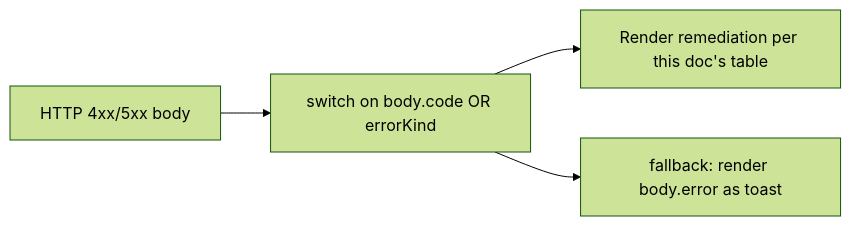
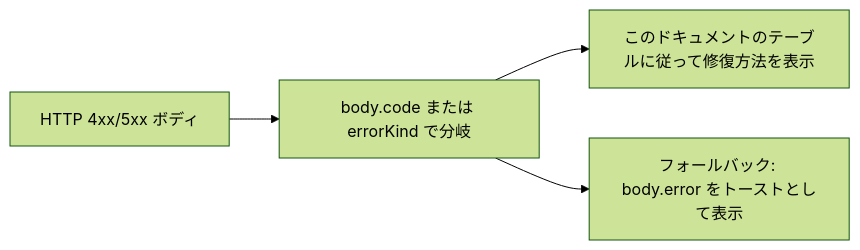
Before and after one commit to QwenLM/qwen-code-docs: the first of 2 diagrams in website/content/ja/developers/daemon/18-error-taxonomy.md, drawn with Mermaid (forest theme). The commit also changed other lines of this file and 1077 other files, not shown here.

````diff
--- a/website/content/ja/developers/daemon/18-error-taxonomy.md
+++ b/website/content/ja/developers/daemon/18-error-taxonomy.md
@@ -127,6 +126,6 @@
 ```mermaid
 flowchart LR
-    A[HTTP 4xx/5xx body] --> B["switch on body.code OR errorKind"]
-    B --> C["Render remediation per this doc's table"]
-    B --> D["fallback: render body.error as toast"]
+    A[HTTP 4xx/5xx ボディ] --> B["body.code または errorKind で分岐"]
+    B --> C["このドキュメントのテーブルに従って修復方法を表示"]
+    B --> D["フォールバック: body.error をトーストとして表示"]
 ```
````
